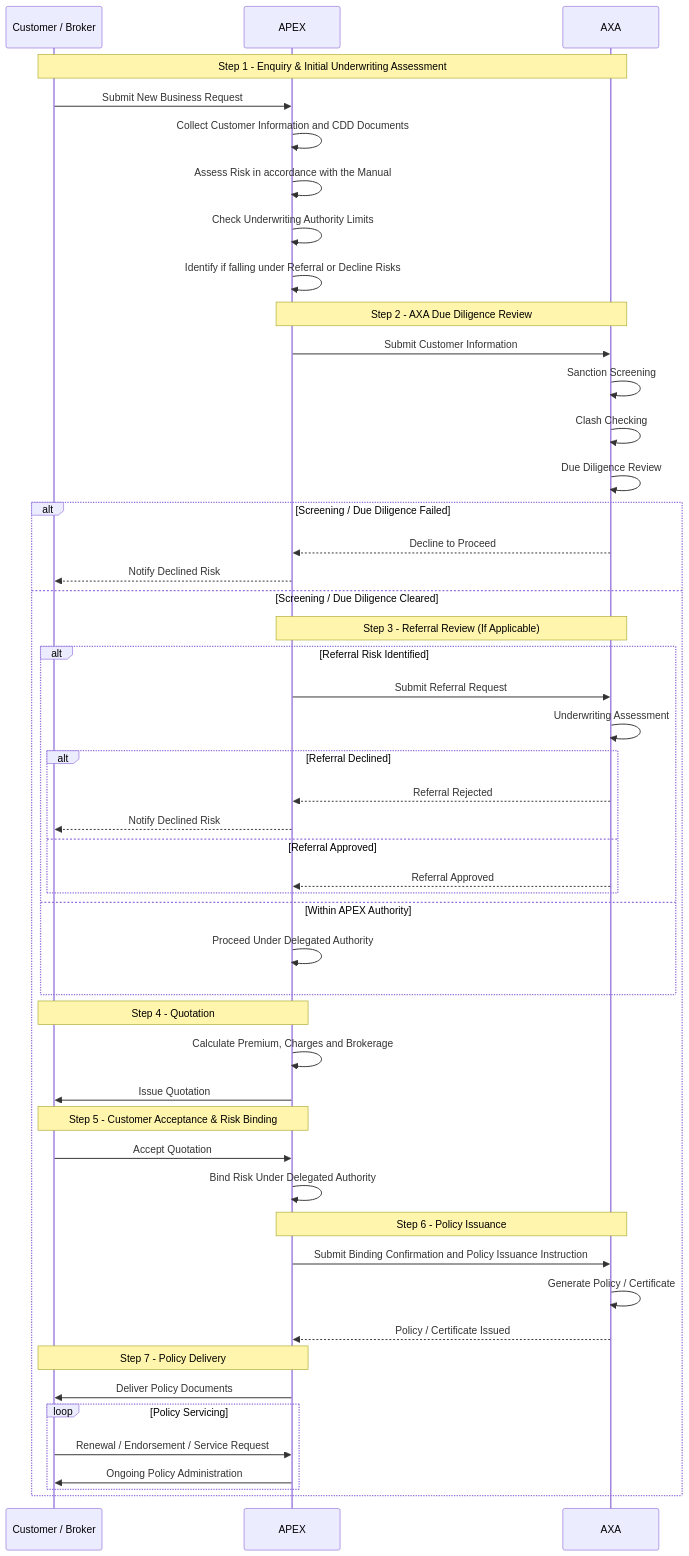
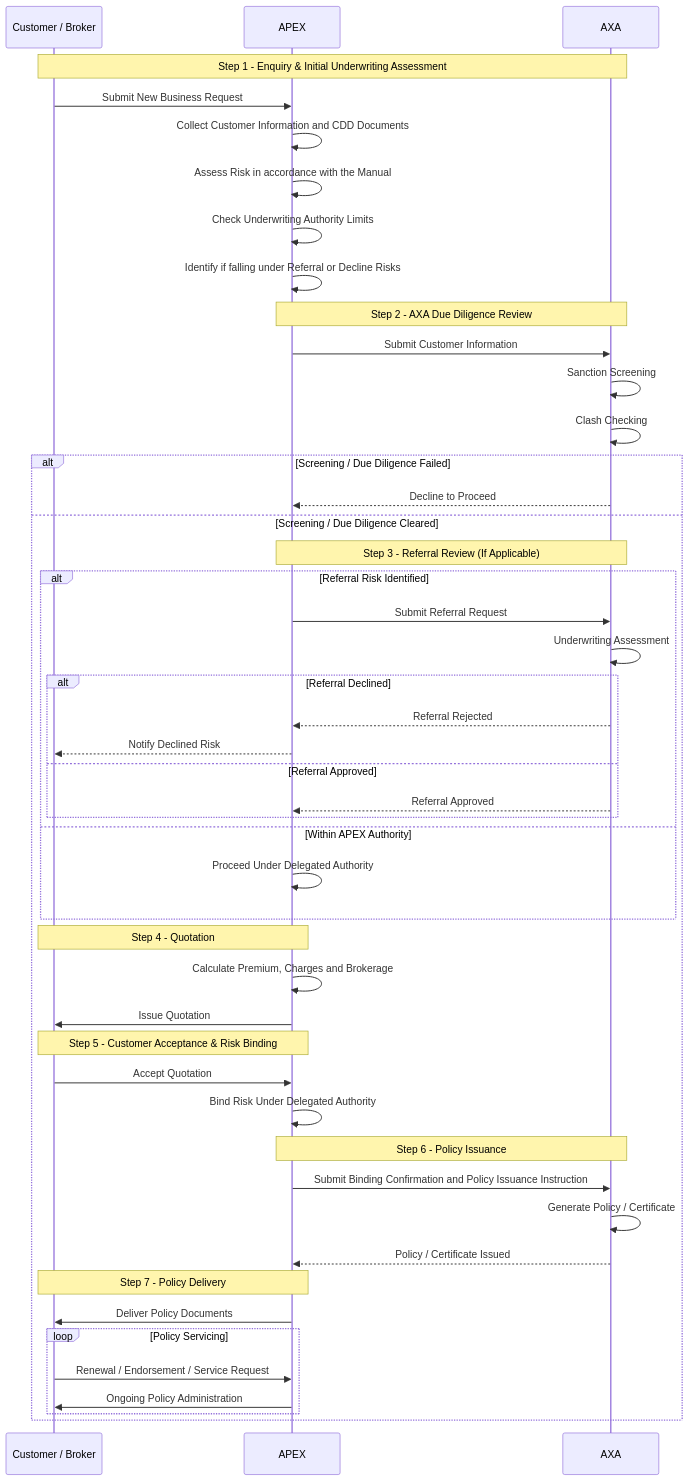
One commit to raymwor-arch/Diagram changed the diagram in Apex.md. Above: the diagram before and after it, drawn with Mermaid.

````diff
--- a/Apex.md
+++ b/Apex.md
@@ -1,72 +1,71 @@
 ```mermaid
 sequenceDiagram
     participant Customer as Customer / Broker
     participant APEX as APEX
     participant AXA as AXA
 
     Note over Customer,AXA: Step 1 - Enquiry & Initial Underwriting Assessment
 
     Customer->>APEX: Submit New Business Request
 
     APEX->>APEX: Collect Customer Information and CDD Documents
     APEX->>APEX: Assess Risk in accordance with the Manual
     APEX->>APEX: Check Underwriting Authority Limits
     APEX->>APEX: Identify if falling under Referral or Decline Risks
 
     Note over APEX,AXA: Step 2 - AXA Due Diligence Review
 
     APEX->>AXA: Submit Customer Information
 
     AXA->>AXA: Sanction Screening
     AXA->>AXA: Clash Checking
-    AXA->>AXA: Due Diligence Review
-
+    
     alt Screening / Due Diligence Failed
         AXA-->>APEX: Decline to Proceed
-        APEX-->>Customer: Notify Declined Risk
+        
     else Screening / Due Diligence Cleared
 
         Note over APEX,AXA: Step 3 - Referral Review (If Applicable)
 
         alt Referral Risk Identified
             APEX->>AXA: Submit Referral Request
             AXA->>AXA: Underwriting Assessment
 
             alt Referral Declined
                 AXA-->>APEX: Referral Rejected
                 APEX-->>Customer: Notify Declined Risk
             else Referral Approved
                 AXA-->>APEX: Referral Approved
             end
         else Within APEX Authority
             APEX->>APEX: Proceed Under Delegated Authority
         end
 
         Note over APEX,Customer: Step 4 - Quotation
 
         APEX->>APEX: Calculate Premium, Charges and Brokerage
         APEX->>Customer: Issue Quotation
 
         Note over Customer,APEX: Step 5 - Customer Acceptance & Risk Binding
 
         Customer->>APEX: Accept Quotation
 
         APEX->>APEX: Bind Risk Under Delegated Authority
 
         Note over APEX,AXA: Step 6 - Policy Issuance
 
         APEX->>AXA: Submit Binding Confirmation and Policy Issuance Instruction
 
         AXA->>AXA: Generate Policy / Certificate
         AXA-->>APEX: Policy / Certificate Issued
 
         Note over APEX,Customer: Step 7 - Policy Delivery
 
         APEX->>Customer: Deliver Policy Documents
 
         loop Policy Servicing
             Customer->>APEX: Renewal / Endorsement / Service Request
             APEX->>Customer: Ongoing Policy Administration
         end
     end
 ```    
````
